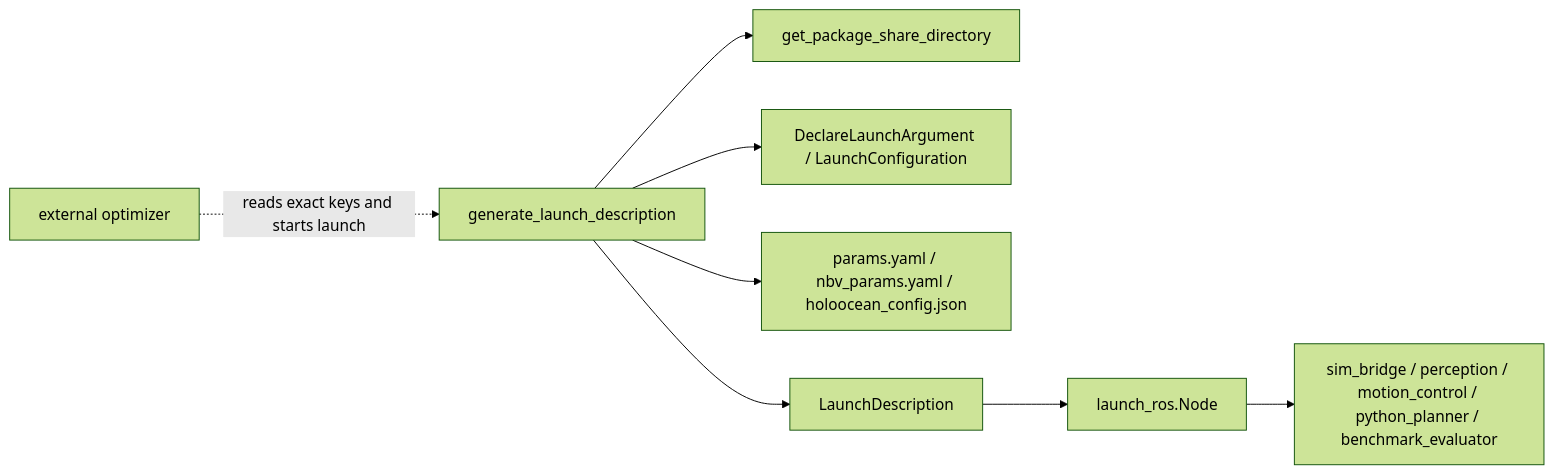
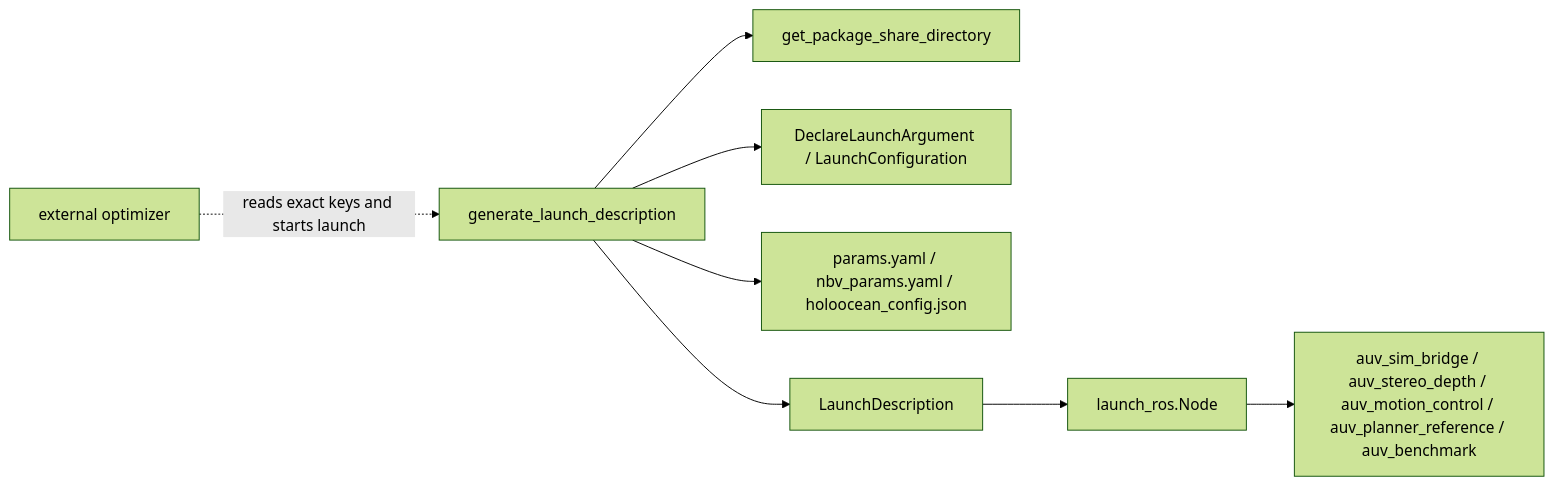
One commit to metinegearal/auv-nbv-inspection changed the first of 3 diagrams in src/docs/architecture/packages/bringup_audit.md. Above: the diagram before and after it, drawn with Mermaid (forest theme). The commit also changed other lines of this file and 455 other files, not shown here.

````diff
--- a/src/docs/architecture/packages/bringup_audit.md
+++ b/src/docs/architecture/packages/bringup_audit.md
@@ -30,10 +30,10 @@
 ```mermaid
 graph LR
  GEN[generate_launch_description] --> IDX[get_package_share_directory]
  GEN --> ARG[DeclareLaunchArgument / LaunchConfiguration]
  GEN --> CFG[params.yaml / nbv_params.yaml / holoocean_config.json]
  GEN --> LD[LaunchDescription]
  LD --> N[launch_ros.Node]
- N --> P[sim_bridge / perception / motion_control / python_planner / benchmark_evaluator]
+ N --> P[auv_sim_bridge / auv_stereo_depth / auv_motion_control / auv_planner_reference / auv_benchmark]
  OPT[external optimizer] -. reads exact keys and starts launch .-> GEN
 ```
````
